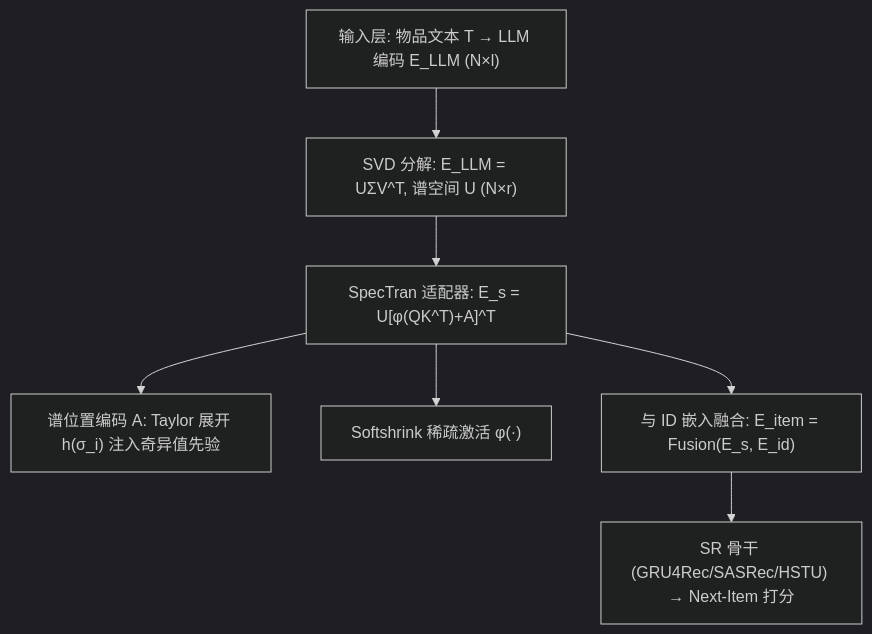
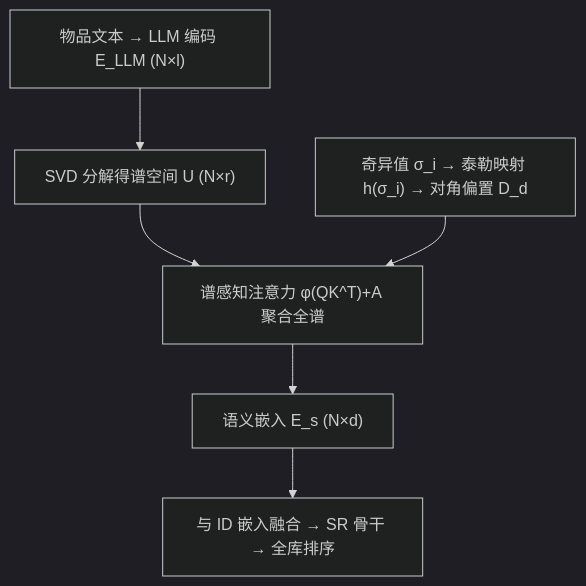
Before and after one commit to jbdcia321vw/Paper-Notes: the diagram in docs/venues/SIGIR/2026/llm_rec/spectran_spectral_aware_transformer_based_adapter_for_llm_enhanced_sequenti.md, drawn with Mermaid (dark theme). The commit also changed other lines of this file and 1119 other files, not shown here.

````diff
--- a/docs/venues/SIGIR/2026/llm_rec/spectran_spectral_aware_transformer_based_adapter_for_llm_enhanced_sequenti.md
+++ b/docs/venues/SIGIR/2026/llm_rec/spectran_spectral_aware_transformer_based_adapter_for_llm_enhanced_sequenti.md
@@ -59,9 +46,8 @@
 ```mermaid
 flowchart TD
-    A["输入层: 物品文本 T → LLM 编码 E_LLM (N×l)"] --> B["SVD 分解: E_LLM = UΣV^T, 谱空间 U (N×r)"]
-    B --> C["SpecTran 适配器: E_s = U[φ(QK^T)+A]^T"]
-    C --> D["谱位置编码 A: Taylor 展开 h(σ_i) 注入奇异值先验"]
-    C --> E["Softshrink 稀疏激活 φ(·)"]
-    C --> F["与 ID 嵌入融合: E_item = Fusion(E_s, E_id)"]
-    F --> G["SR 骨干 (GRU4Rec/SASRec/HSTU) → Next-Item 打分"]
+    A["物品文本 → LLM 编码 E_LLM (N×l)"] --> B["SVD 分解得谱空间 U (N×r)"]
+    B --> C["谱感知注意力 φ(QK^T)+A 聚合全谱"]
+    D["奇异值 σ_i → 泰勒映射 h(σ_i) → 对角偏置 D_d"] --> C
+    C --> E["语义嵌入 E_s (N×d)"]
+    E --> F["与 ID 嵌入融合 → SR 骨干 → 全库排序"]
 ```
````
